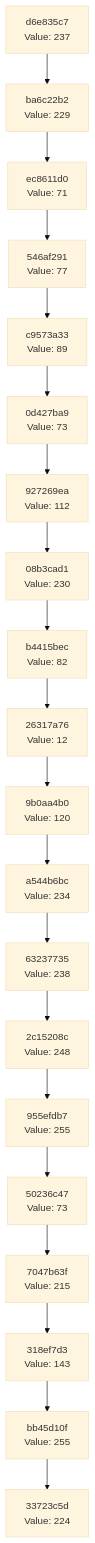
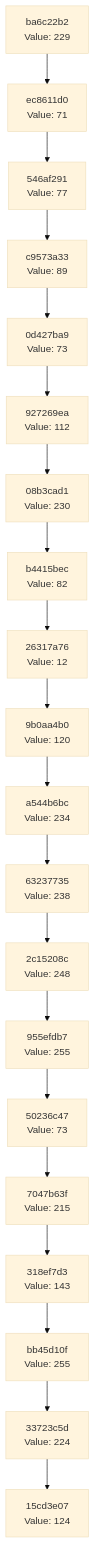
The diagram in docs/CHAIN_VISUALIZATION.md (Abhisheksinha1506/hash-chain-evolver), drawn with Mermaid (base theme) before and after one commit. The commit also changed 3 other files, not shown here.

````diff
--- a/docs/CHAIN_VISUALIZATION.md
+++ b/docs/CHAIN_VISUALIZATION.md
@@ -3,42 +3,42 @@
 ```mermaid
 graph TD
-    C0["33723c5d<br/>Value: 224"]
-    C1["bb45d10f<br/>Value: 255"]
+    C0["15cd3e07<br/>Value: 124"]
+    C1["33723c5d<br/>Value: 224"]
     C1 --> C0
-    C2["318ef7d3<br/>Value: 143"]
+    C2["bb45d10f<br/>Value: 255"]
     C2 --> C1
-    C3["7047b63f<br/>Value: 215"]
+    C3["318ef7d3<br/>Value: 143"]
     C3 --> C2
-    C4["50236c47<br/>Value: 73"]
+    C4["7047b63f<br/>Value: 215"]
     C4 --> C3
-    C5["955efdb7<br/>Value: 255"]
+    C5["50236c47<br/>Value: 73"]
     C5 --> C4
-    C6["2c15208c<br/>Value: 248"]
+    C6["955efdb7<br/>Value: 255"]
     C6 --> C5
-    C7["63237735<br/>Value: 238"]
+    C7["2c15208c<br/>Value: 248"]
     C7 --> C6
-    C8["a544b6bc<br/>Value: 234"]
+    C8["63237735<br/>Value: 238"]
     C8 --> C7
-    C9["9b0aa4b0<br/>Value: 120"]
+    C9["a544b6bc<br/>Value: 234"]
     C9 --> C8
-    C10["26317a76<br/>Value: 12"]
+    C10["9b0aa4b0<br/>Value: 120"]
     C10 --> C9
-    C11["b4415bec<br/>Value: 82"]
+    C11["26317a76<br/>Value: 12"]
     C11 --> C10
-    C12["08b3cad1<br/>Value: 230"]
+    C12["b4415bec<br/>Value: 82"]
     C12 --> C11
-    C13["927269ea<br/>Value: 112"]
+    C13["08b3cad1<br/>Value: 230"]
     C13 --> C12
-    C14["0d427ba9<br/>Value: 73"]
+    C14["927269ea<br/>Value: 112"]
     C14 --> C13
-    C15["c9573a33<br/>Value: 89"]
+    C15["0d427ba9<br/>Value: 73"]
     C15 --> C14
-    C16["546af291<br/>Value: 77"]
+    C16["c9573a33<br/>Value: 89"]
     C16 --> C15
-    C17["ec8611d0<br/>Value: 71"]
+    C17["546af291<br/>Value: 77"]
     C17 --> C16
-    C18["ba6c22b2<br/>Value: 229"]
+    C18["ec8611d0<br/>Value: 71"]
     C18 --> C17
-    C19["d6e835c7<br/>Value: 237"]
+    C19["ba6c22b2<br/>Value: 229"]
     C19 --> C18
 ```
````
